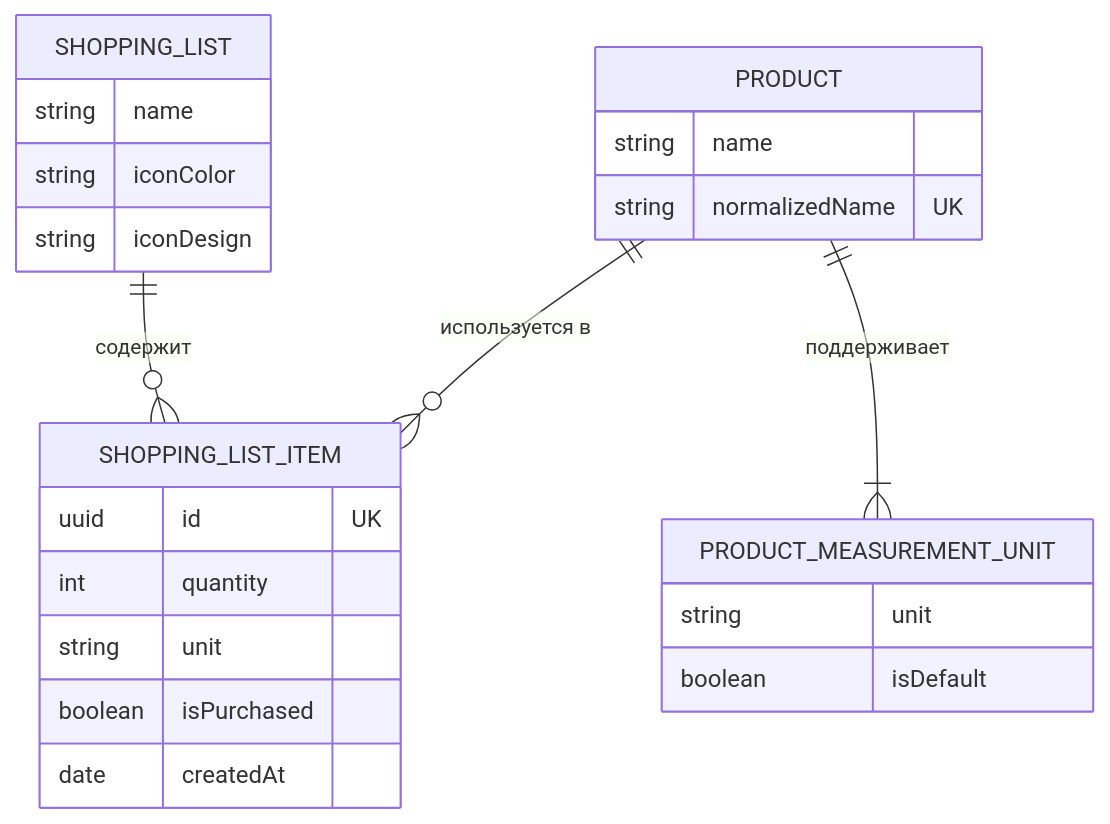
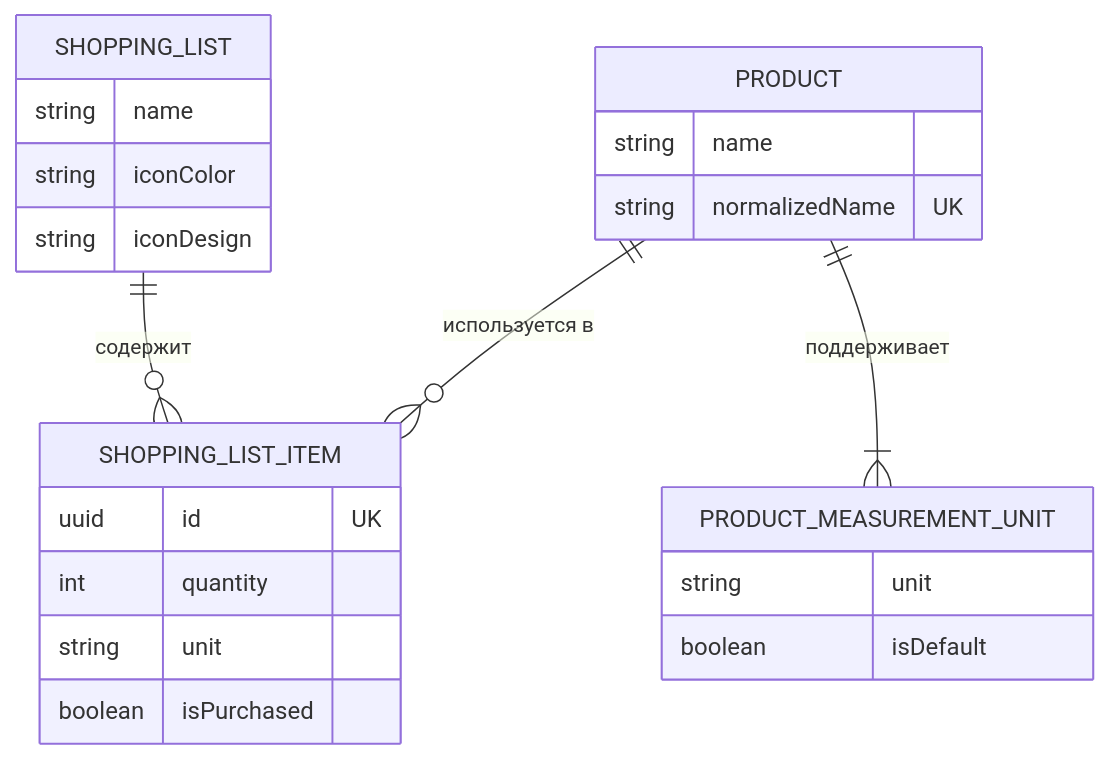
The first of 2 diagrams in README.md (tik-tak-ololo/DemoSwiftData), drawn with Mermaid before and after one commit.

Commit message:
fix(readme): deleted createdAt

````diff
--- a/README.md
+++ b/README.md
@@ -39,30 +39,29 @@
 ```mermaid
 erDiagram
     SHOPPING_LIST ||--o{ SHOPPING_LIST_ITEM : "содержит"
     PRODUCT ||--o{ SHOPPING_LIST_ITEM : "используется в"
     PRODUCT ||--|{ PRODUCT_MEASUREMENT_UNIT : "поддерживает"
 
     SHOPPING_LIST {
         string name
         string iconColor
         string iconDesign
     }
 
     SHOPPING_LIST_ITEM {
         uuid id UK
         int quantity
         string unit
         boolean isPurchased
-        date createdAt
     }
 
     PRODUCT {
         string name
         string normalizedName UK
     }
 
     PRODUCT_MEASUREMENT_UNIT {
         string unit
         boolean isDefault
     }
 ```
````
